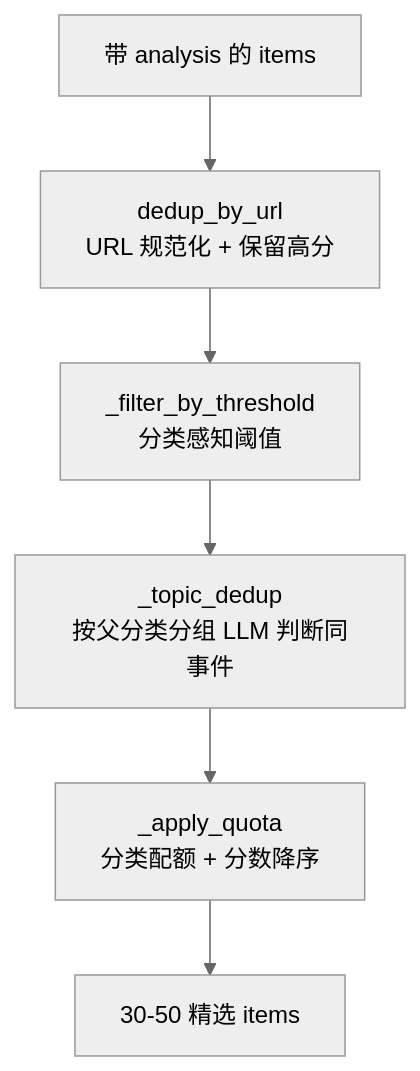
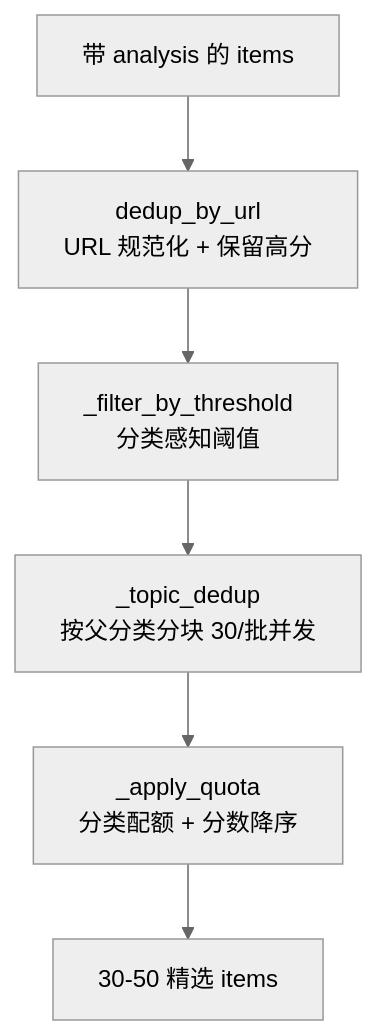
The third of 6 diagrams in docs/FLOW/README.md (int2t05/rss-reader), drawn with Mermaid (neutral theme) before and after one commit. The commit also changed other lines of this file and 8 other files, not shown here.

First line of the commit message:
docs: 文档全量重构 — 只保留 prd/tech/todo/api/flow 五类,删无关文件

````diff
--- a/docs/FLOW/README.md
+++ b/docs/FLOW/README.md
@@ -44,8 +45,8 @@
 ```mermaid
 flowchart TB
     IN[带 analysis 的 items] --> D1[dedup_by_url<br/>URL 规范化 + 保留高分]
     D1 --> D2[_filter_by_threshold<br/>分类感知阈值]
-    D2 --> D3[_topic_dedup<br/>按父分类分组 LLM 判断同事件]
+    D2 --> D3[_topic_dedup<br/>按父分类分块 30/批并发]
     D3 --> D4[_apply_quota<br/>分类配额 + 分数降序]
     D4 --> OUT[30-50 精选 items]
 ```
````
